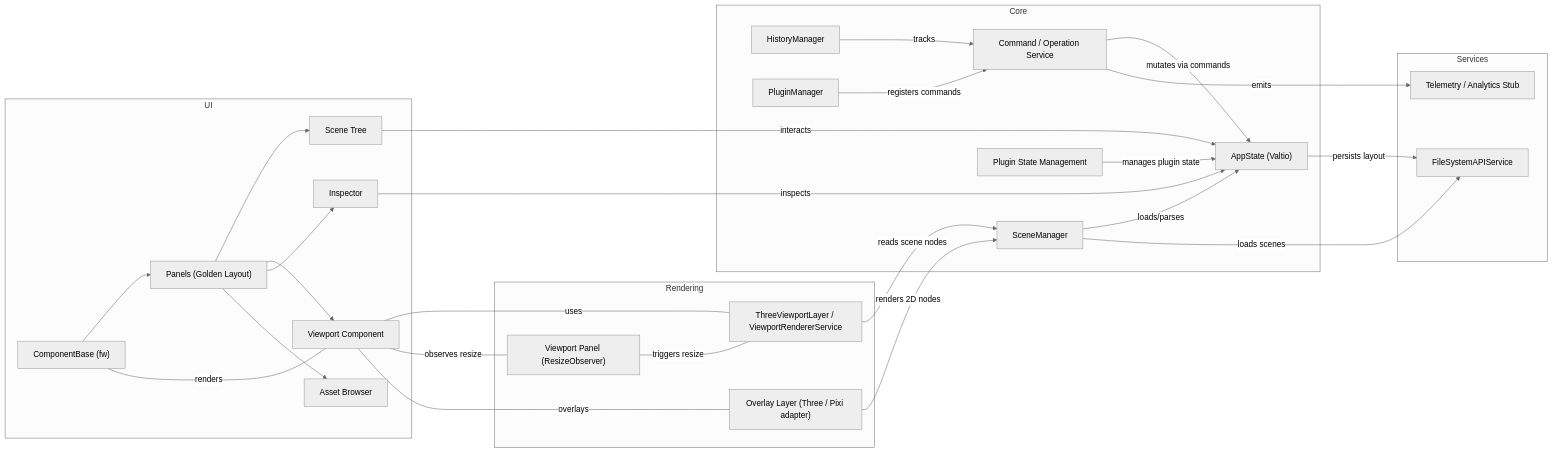
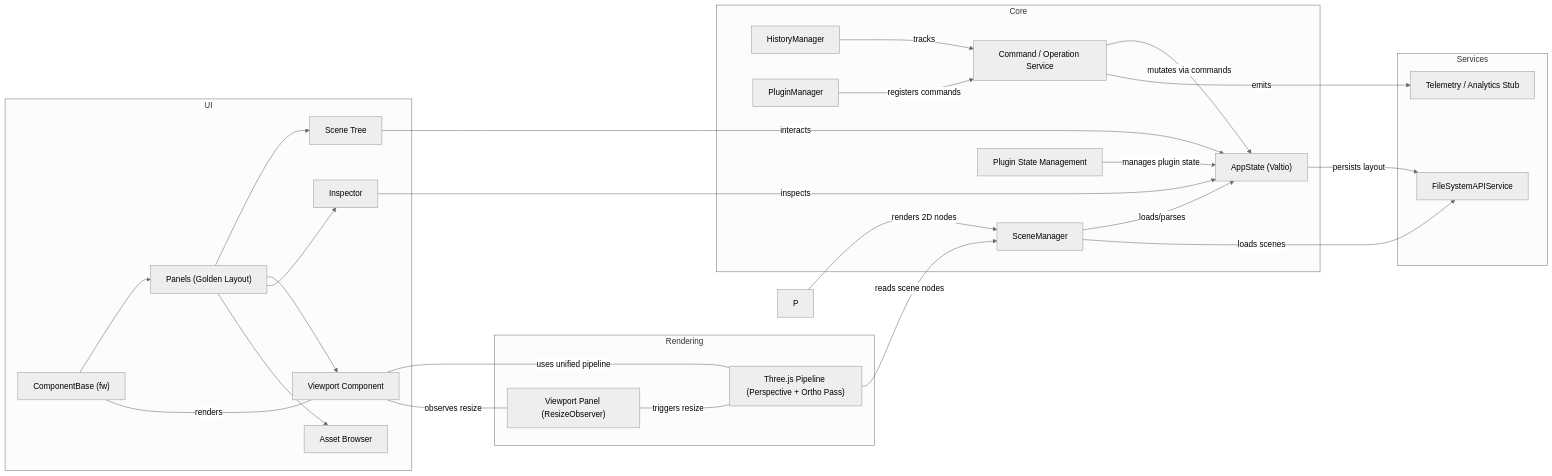
One commit to pix3dev/pix3-core changed the diagram in docs/architecture.md. Above: the diagram before and after it, drawn with Mermaid (neutral theme). The commit also changed 3 other files, not shown here.

Commit message:
feat: consolidate rendering to a single Three.js pipeline, update specifications and remove PixiJS references

````diff
--- a/docs/architecture.md
+++ b/docs/architecture.md
@@ -9,51 +9,49 @@
 ```mermaid
 flowchart LR
   subgraph UI
     A["ComponentBase (fw)"] --> B["Panels (Golden Layout)"]
     B --> C["Scene Tree"]
     B --> D["Viewport Component"]
     B --> E["Inspector"]
     B --> F["Asset Browser"]
   end
 
   subgraph Core
     G["AppState (Valtio)"]
     H["Command / Operation Service"]
     I["HistoryManager"]
     J["SceneManager"]
     K["PluginManager"]
     L["Plugin State Management"]
   end
 
   subgraph Services
     M["FileSystemAPIService"]
     N["Telemetry / Analytics Stub"]
   end
 
   subgraph Rendering
-    O["ThreeViewportLayer / ViewportRendererService"]
+    O["Three.js Pipeline (Perspective + Ortho Pass)"]
     R["Viewport Panel (ResizeObserver)"]
-    P["Overlay Layer (Three / Pixi adapter)"]
   end
 
   A ---|renders| D
-  D ---|uses| O
+  D ---|uses unified pipeline| O
   D ---|observes resize| R
   R ---|triggers resize| O
-  D ---|overlays| P
 
   C -->|interacts| G
   E -->|inspects| G
   H -->|mutates via commands| G
   I -->|tracks| H
   J -->|loads/parses| G
   K -->|registers commands| H
   L -->|manages plugin state| G
 
   G -->|persists layout| M
   H -->|emits| N
   J -->|loads scenes| M
 
   O -->|reads scene nodes| J
   P -->|renders 2D nodes| J
 ```
````
